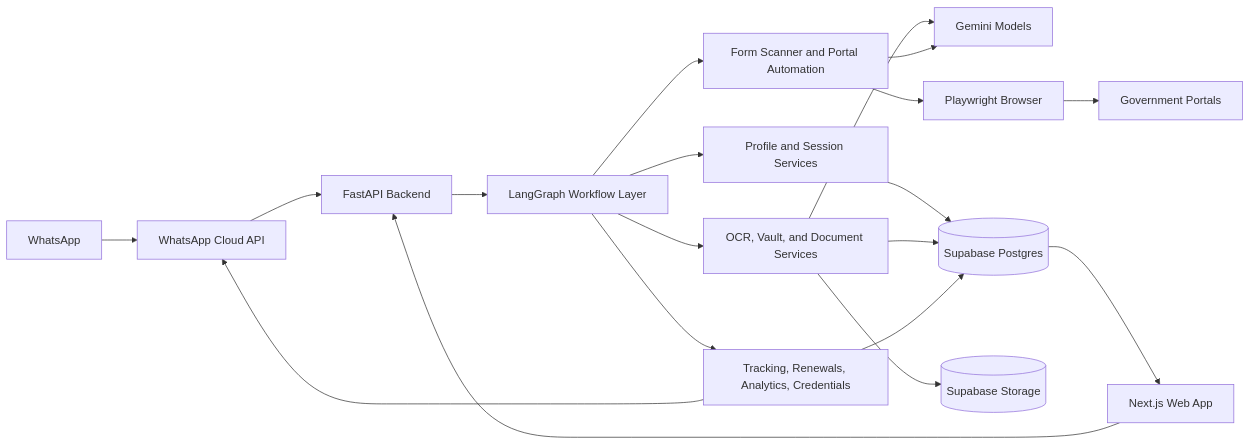
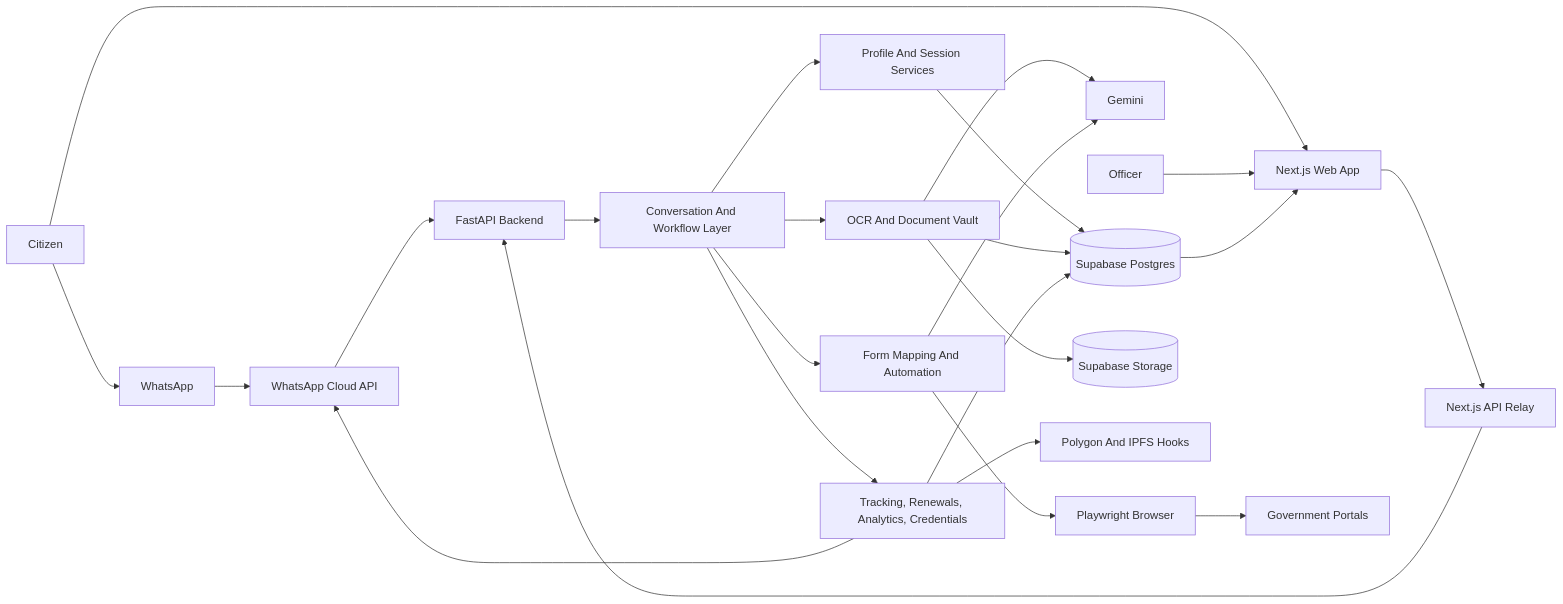
Before and after one commit to shashank03-dev/GovBot: the first of 2 diagrams in README.md, drawn with Mermaid. The commit also changed other lines of this file and 7 other files, not shown here.

````diff
--- a/README.md
+++ b/README.md
@@ -76,25 +348,31 @@
 ```mermaid
 flowchart LR
-    WA[WhatsApp] --> WAPI[WhatsApp Cloud API]
-    WEB[Next.js Web App] --> API[FastAPI Backend]
-    WAPI --> API
+    Citizen[Citizen] --> WhatsApp[WhatsApp]
+    Citizen --> Web[Next.js Web App]
+    Officer[Officer] --> Web
 
-    API --> FLOW[LangGraph Workflow Layer]
-    FLOW --> PROFILE[Profile and Session Services]
-    FLOW --> DOCS[OCR, Vault, and Document Services]
-    FLOW --> FORMS[Form Scanner and Portal Automation]
-    FLOW --> OPS[Tracking, Renewals, Analytics, Credentials]
+    WhatsApp --> Cloud[WhatsApp Cloud API]
+    Cloud --> API[FastAPI Backend]
+    Web --> Relay[Next.js API Relay]
+    Relay --> API
 
-    DOCS --> GEMINI[Gemini Models]
-    FORMS --> GEMINI
-    FORMS --> PLAYWRIGHT[Playwright Browser]
-    PLAYWRIGHT --> PORTALS[Government Portals]
+    API --> Flow[Conversation And Workflow Layer]
+    Flow --> Profile[Profile And Session Services]
+    Flow --> Vault[OCR And Document Vault]
+    Flow --> Forms[Form Mapping And Automation]
+    Flow --> Ops[Tracking, Renewals, Analytics, Credentials]
 
-    PROFILE --> DB[(Supabase Postgres)]
-    DOCS --> DB
-    DOCS --> STORAGE[(Supabase Storage)]
-    OPS --> DB
+    Vault --> Gemini[Gemini]
+    Forms --> Gemini
+    Forms --> Browser[Playwright Browser]
+    Browser --> Portals[Government Portals]
 
-    DB --> WEB
-    OPS --> WAPI
+    Profile --> DB[(Supabase Postgres)]
+    Vault --> DB
+    Vault --> Storage[(Supabase Storage)]
+    Ops --> DB
+    Ops --> Chain[Polygon And IPFS Hooks]
+
+    DB --> Web
+    Ops --> Cloud
 ```
````
